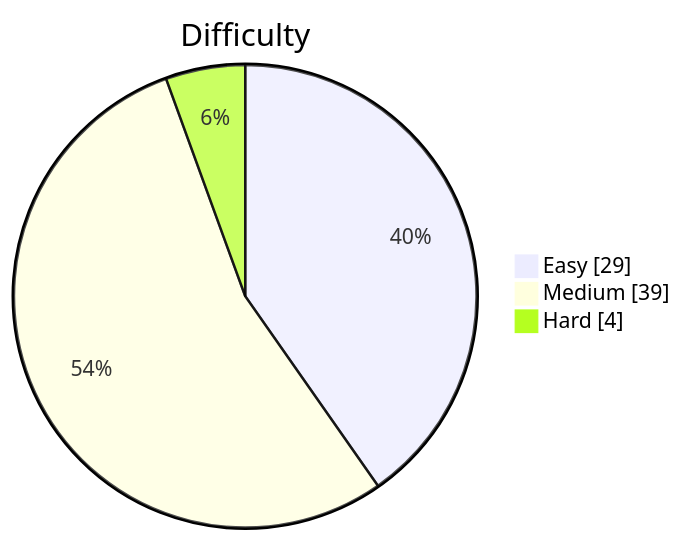
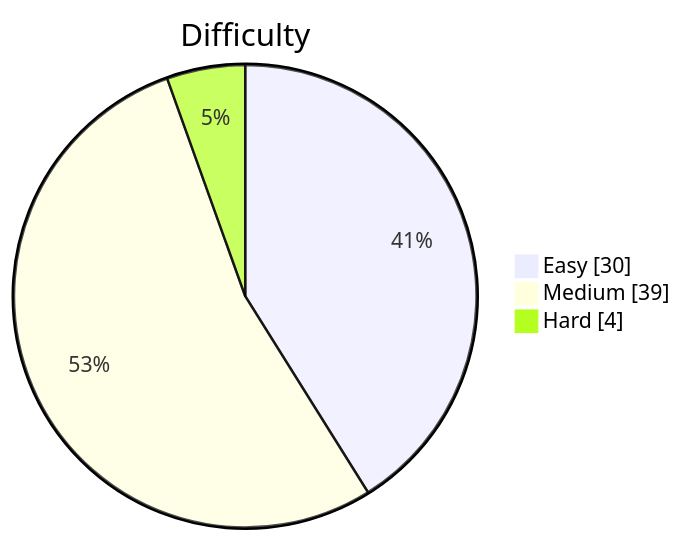
The diagram in README.md (kevstevie/python-algo-practice), drawn with Mermaid before and after one commit. The commit also changed other lines of this file, not shown here.

````diff
--- a/README.md
+++ b/README.md
@@ -13,7 +13,7 @@
 ```mermaid
 pie showData
     title Difficulty
-    "Easy"   : 29
+    "Easy"   : 30
     "Medium" : 39
     "Hard"   : 4
 ```
````
